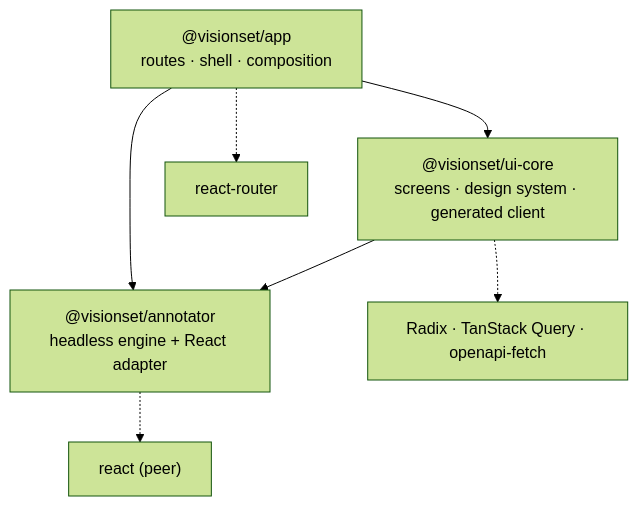
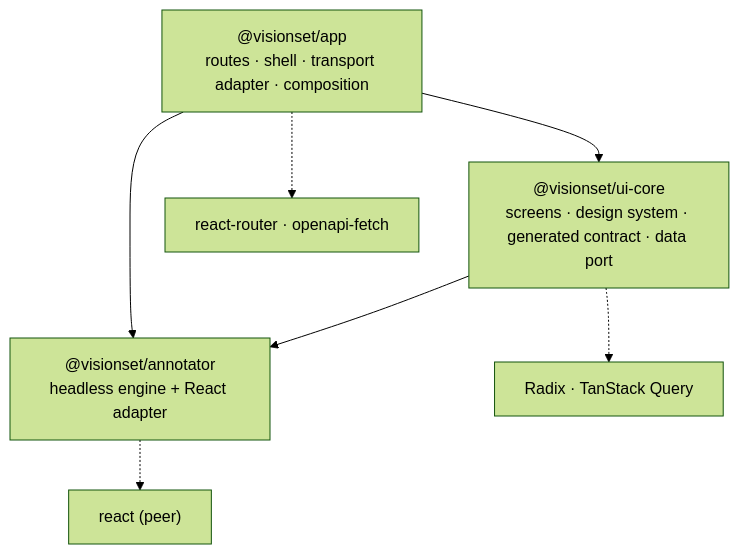
One commit to Robomous/VisionSet changed the diagram in docs/content/architecture/frontend/README.md. Above: the diagram before and after it, drawn with Mermaid (forest theme). The commit also changed other lines of this file and 98 other files, not shown here.

First line of the commit message:
refactor(frontend): put a host-provided data port behind the reusable UI (#832)

````diff
--- a/docs/content/architecture/frontend/README.md
+++ b/docs/content/architecture/frontend/README.md
@@ -9,18 +9,18 @@
 ```mermaid
 flowchart TB
-    App["@visionset/app\nroutes · shell · composition"]
-    UiCore["@visionset/ui-core\nscreens · design system · generated client"]
+    App["@visionset/app\nroutes · shell · transport adapter · composition"]
+    UiCore["@visionset/ui-core\nscreens · design system · generated contract · data port"]
     Annotator["@visionset/annotator\nheadless engine + React adapter"]
 
     App --> UiCore
     App --> Annotator
     UiCore --> Annotator
 
     React["react (peer)"]
-    Radix["Radix · TanStack Query · openapi-fetch"]
-    Router["react-router"]
+    Radix["Radix · TanStack Query"]
+    Router["react-router · openapi-fetch"]
 
     Annotator -.-> React
     UiCore -.-> Radix
     App -.-> Router
 ```
````
